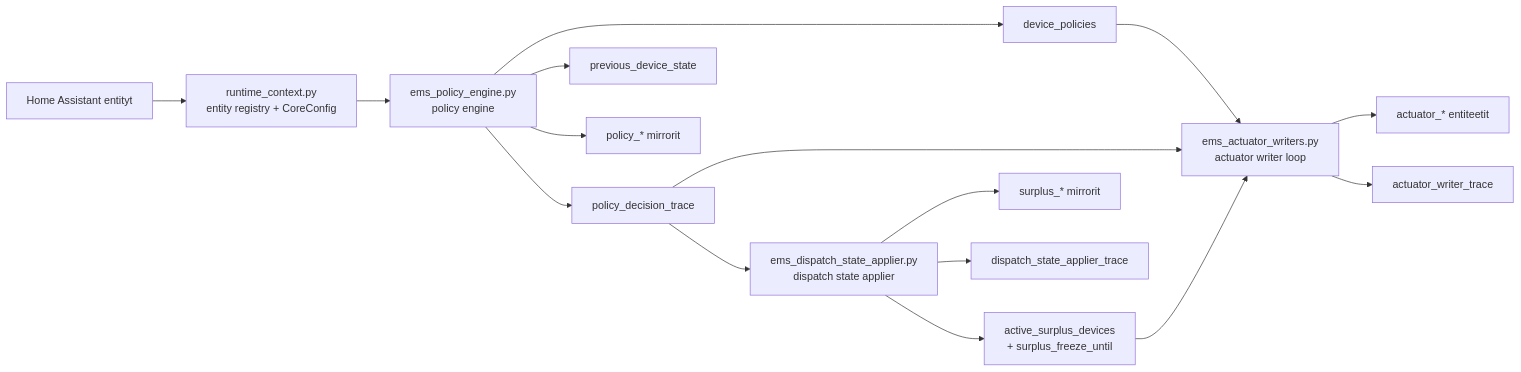
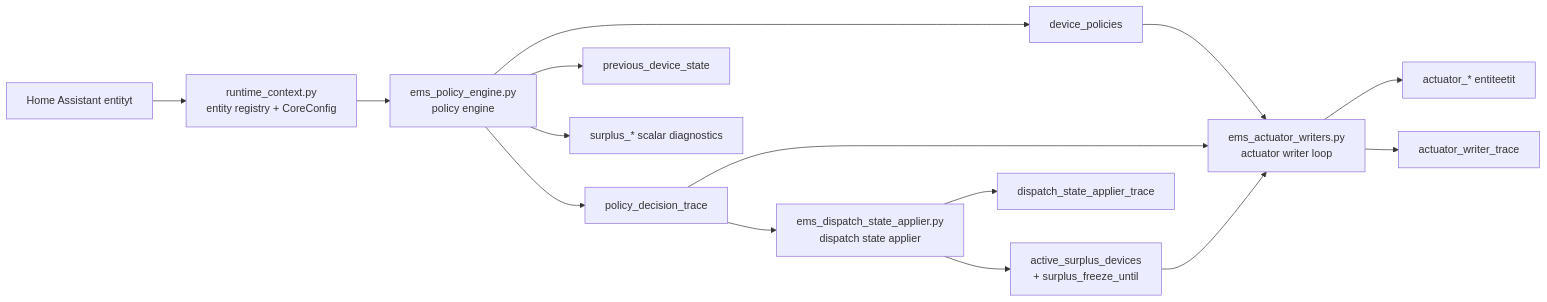
Before and after one commit to dbwarrior1975/ha_EMS: the first of 2 diagrams in arkkitehtuuri.md, drawn with Mermaid. The commit also changed other lines of this file and 41 other files, not shown here.

````diff
--- a/arkkitehtuuri.md
+++ b/arkkitehtuuri.md
@@ -28,18 +30,17 @@
 ```mermaid
 flowchart LR
     HA[Home Assistant entityt] --> RC[runtime_context.py\nentity registry + CoreConfig]
     RC --> P[ems_policy_engine.py\npolicy engine]
     P --> TRACE[policy_decision_trace]
     P --> DP[device_policies]
     P --> PREV[previous_device_state]
     TRACE --> L[ems_dispatch_state_applier.py\ndispatch state applier]
     L --> ACTIVE[active_surplus_devices\n+ surplus_freeze_until]
     DP --> W[ems_actuator_writers.py\nactuator writer loop]
     TRACE --> W
     ACTIVE --> W
     W --> ACT[actuator_* entiteetit]
-    P --> PMIRROR[policy_* mirrorit]
-    L --> SMIRROR[surplus_* mirrorit]
+    P --> SDIAG[surplus_* scalar diagnostics]
     L --> LTRACE[dispatch_state_applier_trace]
     W --> WTRACE[actuator_writer_trace]
 ```
````
